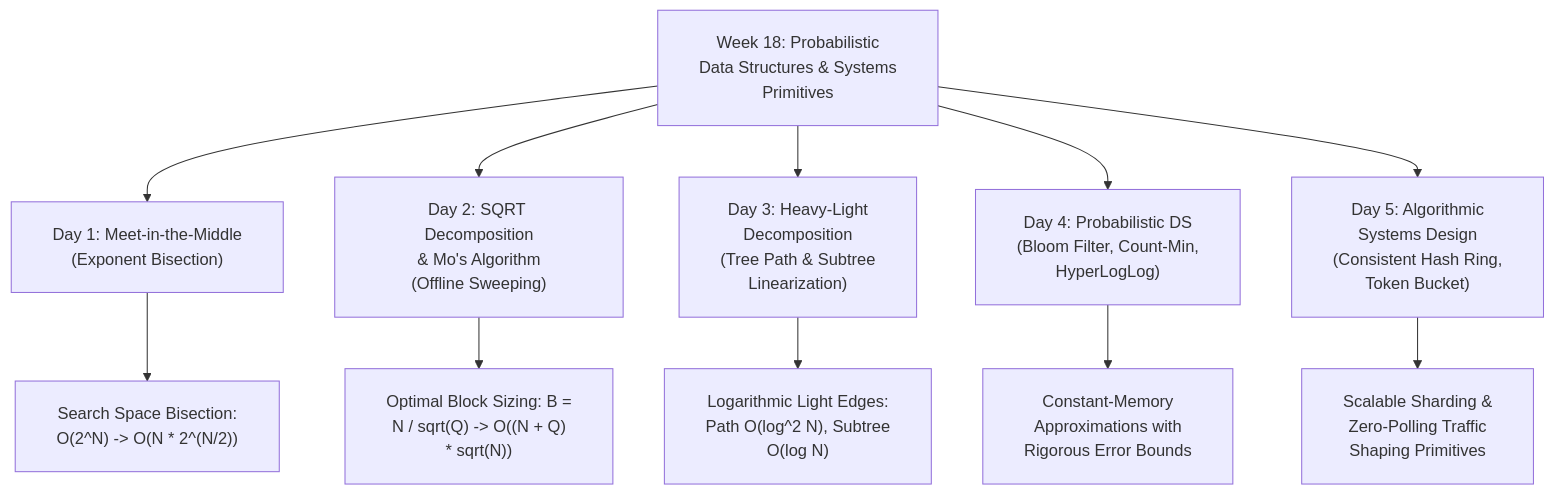
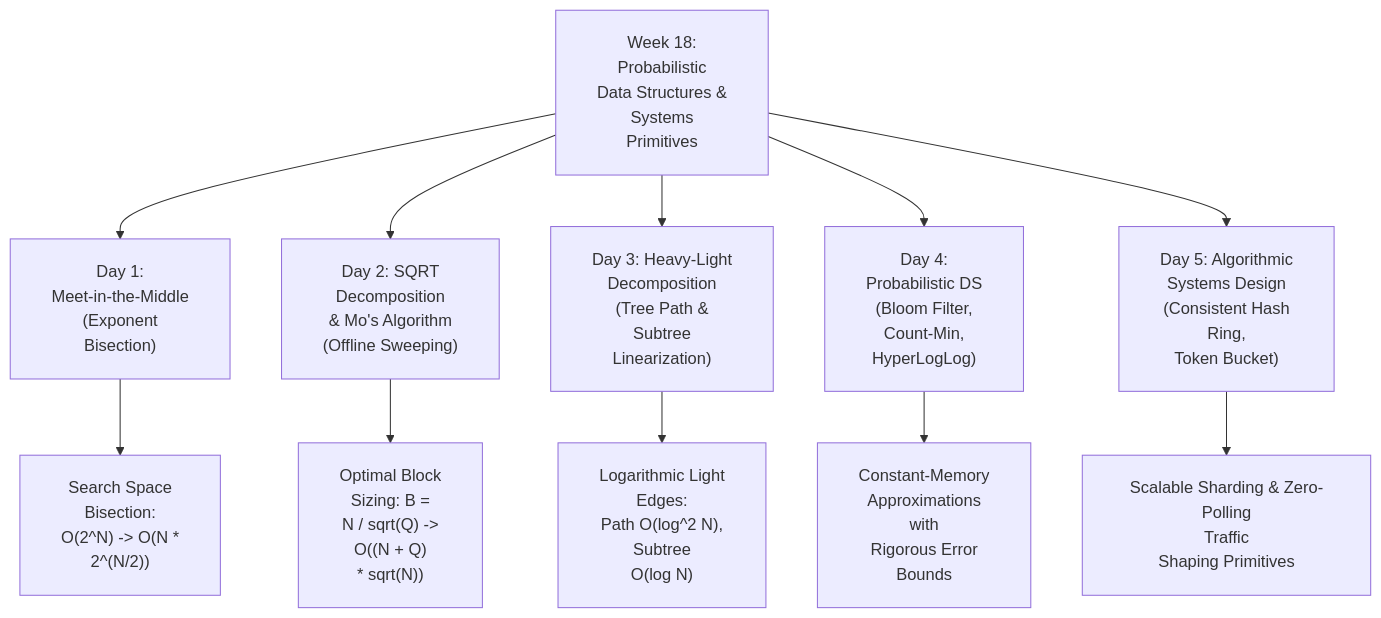
The diagram in week_18_probabilistic_ds_systems/WEEK_18_FULL_PLAYBOOK.md (dip4k/DSA_102), drawn with Mermaid before and after one commit. The commit also changed 106 other files, not shown here.

First line of the commit message:
fix(mermaid): prevent text clipping with foreignObject overflow and tighter line wrapping

````diff
--- a/week_18_probabilistic_ds_systems/WEEK_18_FULL_PLAYBOOK.md
+++ b/week_18_probabilistic_ds_systems/WEEK_18_FULL_PLAYBOOK.md
@@ -11,15 +11,15 @@
 ```mermaid
-%%{init: {"flowchart": {"htmlLabels": true, "padding": 20}}}%%
+%%{init: {"flowchart": {"htmlLabels": true, "padding": 20}, "themeCSS": "foreignObject { overflow: visible !important; }"}}%%
 flowchart TD
-    W["Week 18: Probabilistic<br/>Data Structures & Systems<br/>Primitives"] --> D1["Day 1: Meet-in-the-Middle<br/>(Exponent Bisection)"]
-    W --> D2["Day 2: SQRT Decomposition<br/>& Mo's Algorithm<br/>(Offline Sweeping)"]
-    W --> D3["Day 3: Heavy-Light<br/>Decomposition<br/>(Tree Path & Subtree<br/>Linearization)"]
-    W --> D4["Day 4: Probabilistic DS<br/>(Bloom Filter, Count-Min,<br/>HyperLogLog)"]
-    W --> D5["Day 5: Algorithmic<br/>Systems Design<br/>(Consistent Hash Ring,<br/>Token Bucket)"]
+    W["Week 18:<br/>Probabilistic<br/>Data Structures &<br/>Systems<br/>Primitives"] --> D1["Day 1:<br/>Meet-in-the-Middle<br/>(Exponent<br/>Bisection)"]
+    W --> D2["Day 2: SQRT<br/>Decomposition<br/>& Mo's Algorithm<br/>(Offline Sweeping)"]
+    W --> D3["Day 3: Heavy-Light<br/>Decomposition<br/>(Tree Path &<br/>Subtree<br/>Linearization)"]
+    W --> D4["Day 4:<br/>Probabilistic DS<br/>(Bloom Filter,<br/>Count-Min,<br/>HyperLogLog)"]
+    W --> D5["Day 5: Algorithmic<br/>Systems Design<br/>(Consistent Hash<br/>Ring,<br/>Token Bucket)"]
 
-    D1 --> P1["Search Space Bisection:<br/>O(2^N) -> O(N * 2^(N/2))"]
-    D2 --> P2["Optimal Block Sizing: B =<br/>N / sqrt(Q) -> O((N + Q)<br/>* sqrt(N))"]
-    D3 --> P3["Logarithmic Light Edges:<br/>Path O(log^2 N), Subtree<br/>O(log N)"]
-    D4 --> P4["Constant-Memory<br/>Approximations with<br/>Rigorous Error Bounds"]
-    D5 --> P5["Scalable Sharding &<br/>Zero-Polling Traffic<br/>Shaping Primitives"]
+    D1 --> P1["Search Space<br/>Bisection:<br/>O(2^N) -> O(N *<br/>2^(N/2))"]
+    D2 --> P2["Optimal Block<br/>Sizing: B =<br/>N / sqrt(Q) -><br/>O((N + Q)<br/>* sqrt(N))"]
+    D3 --> P3["Logarithmic Light<br/>Edges:<br/>Path O(log^2 N),<br/>Subtree<br/>O(log N)"]
+    D4 --> P4["Constant-Memory<br/>Approximations<br/>with<br/>Rigorous Error<br/>Bounds"]
+    D5 --> P5["Scalable Sharding & Zero-Polling<br/>Traffic<br/>Shaping Primitives"]
 ```
````
